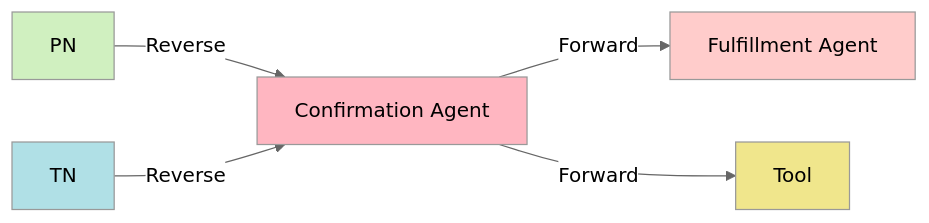
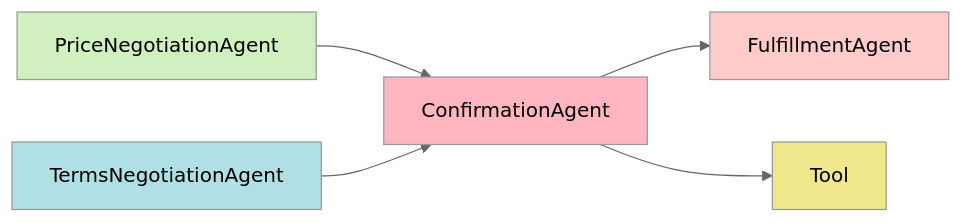
The sixth of 13 diagrams in arch/bap-state-machine.md (beckn/transactional-ai-bap), drawn with Mermaid (neutral theme) before and after one commit. The commit also changed other lines of this file, not shown here.

````diff
--- a/arch/bap-state-machine.md
+++ b/arch/bap-state-machine.md
@@ -223,13 +227,14 @@
 ```mermaid
 graph LR
-    C[Confirmation Agent] -->|Forward| F[Fulfillment Agent]
-    C -->|Forward| Tool
-    PN -->|Reverse| C
-    TN -->|Reverse| C
+    ConfirmationAgent --> FulfillmentAgent
+    ConfirmationAgent --> Tool
+    PriceNegotiationAgent --> ConfirmationAgent
+    TermsNegotiationAgent --> ConfirmationAgent
 
-    style C fill:#ffb6c1
-    style F fill:#ffcccb
-    style PN fill:#d0f0c0
-    style TN fill:#b0e0e6
+    style ConfirmationAgent fill:#ffb6c1
+    style FulfillmentAgent fill:#ffcccb
+    style PriceNegotiationAgent fill:#d0f0c0
+    style TermsNegotiationAgent fill:#b0e0e6
     style Tool fill:#f0e68c
+
 ```
````
